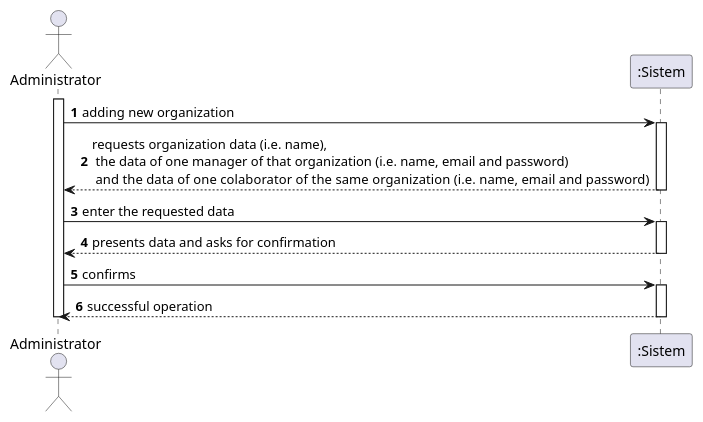
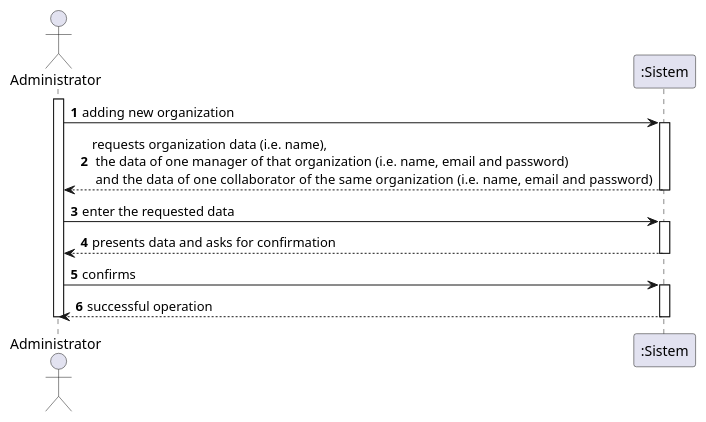
One commit to botelho-io/lapr2-2020-g029 changed the diagram in docs/UC_08/UC08_SSD.puml. Above: the diagram before and after it, drawn with PlantUML. The commit also changed 21 other files, not shown here.

```diff
--- a/docs/UC_08/UC08_SSD.puml
+++ b/docs/UC_08/UC08_SSD.puml
@@ -1,22 +1,22 @@
 @startuml
 autonumber
 actor Administrator as A
 
 activate A
 A -> ":Sistem" : adding new organization
 activate ":Sistem"
-":Sistem" --> A : requests organization data (i.e. name),\n the data of one manager of that organization (i.e. name, email and password)\n and  the data of one colaborator of the same organization  (i.e. name, email and password)
+":Sistem" --> A : requests organization data (i.e. name),\n the data of one manager of that organization (i.e. name, email and password)\n and  the data of one collaborator of the same organization  (i.e. name, email and password)
 deactivate ":Sistem"
 
 A -> ":Sistem" : enter the requested data
 activate ":Sistem"
 ":Sistem" --> A : presents data and asks for confirmation
 deactivate ":Sistem"
 
 A -> ":Sistem" : confirms
 activate ":Sistem"
 ":Sistem" --> A : successful operation
 deactivate ":Sistem"
 
 deactivate A
 @enduml
```
